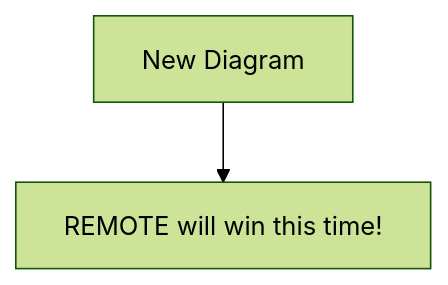
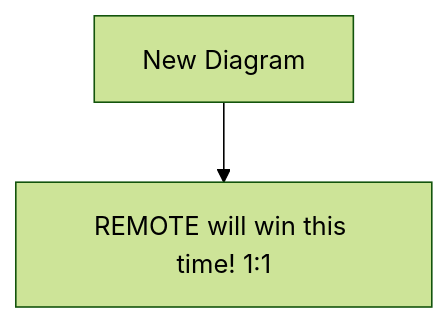
The diagram in mermaid/This is a test.mmd (Skreen5hot/Ontology-of-Freedom), drawn with Mermaid (forest theme) before and after one commit.

Commit message:
Update diagram text to include '1:1'

```diff
--- a/mermaid/This is a test.mmd
+++ b/mermaid/This is a test.mmd
@@ -1,2 +1,2 @@
 graph TD
-    A[New Diagram] --> B[REMOTE will win this time!];
+    A[New Diagram] --> B[REMOTE will win this time! 1:1];
```
